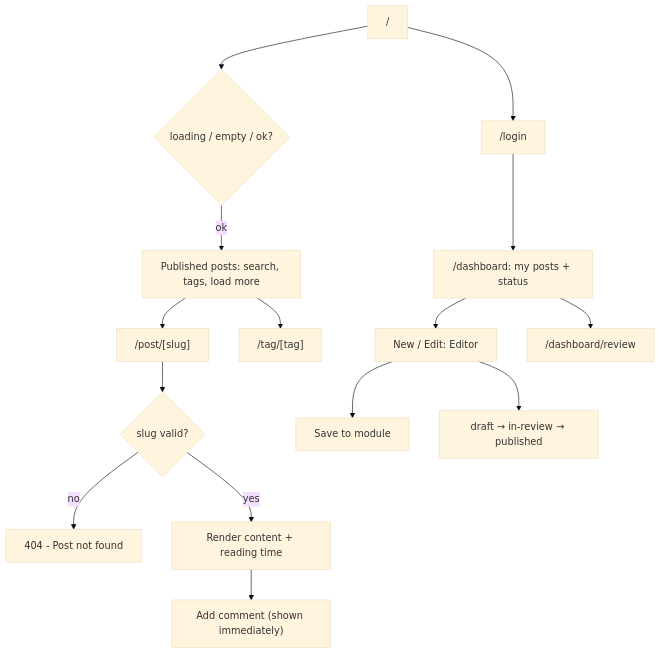
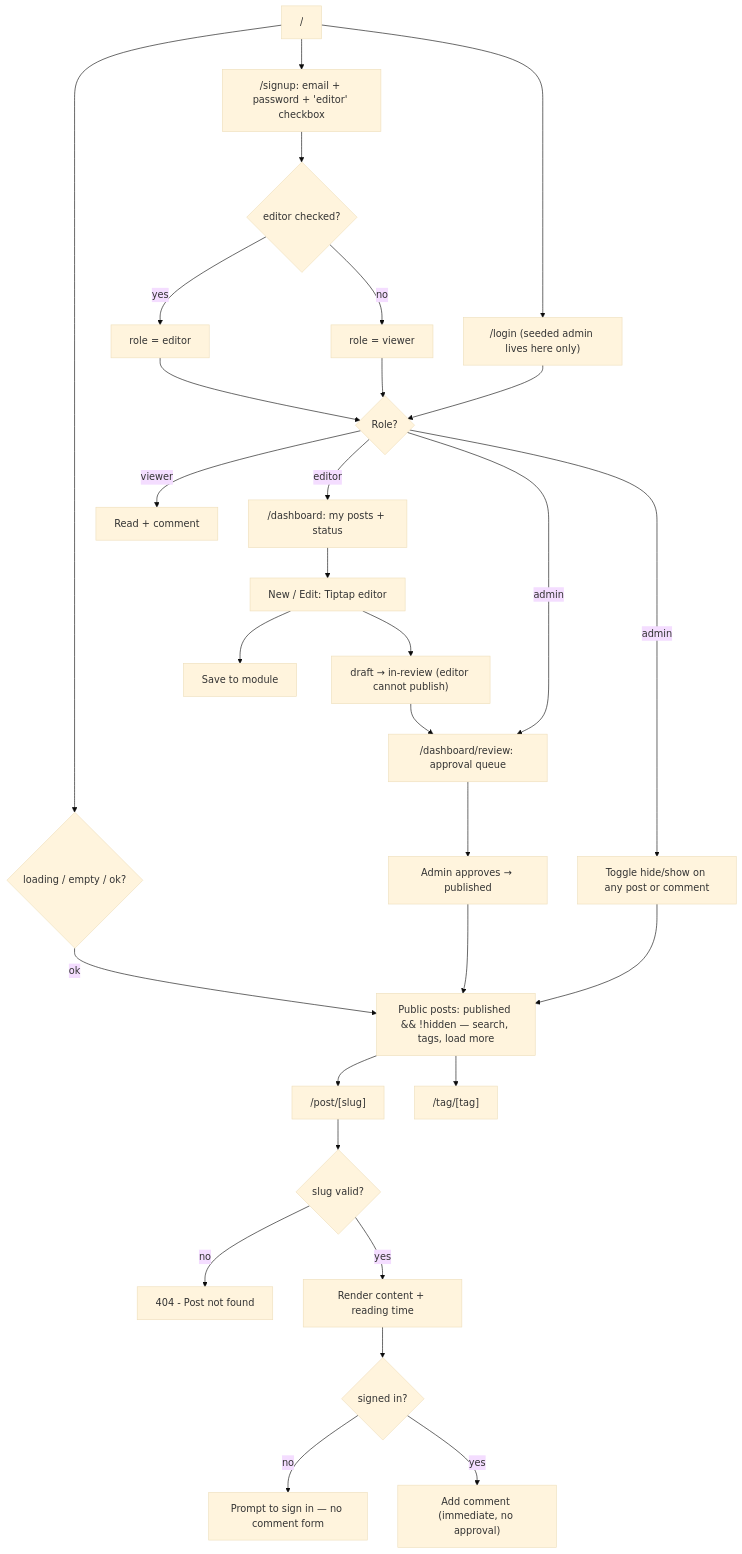
Before and after one commit to trungnd-voyager/training: the diagram in projects/blog/junior/flow.md, drawn with Mermaid (base theme). The commit also changed other lines of this file and 8 other files, not shown here.

````diff
--- a/projects/blog/junior/flow.md
+++ b/projects/blog/junior/flow.md
@@ -5,15 +5,31 @@
 ```mermaid
 flowchart TD
   Home["/"] --> S{"loading / empty / ok?"}
-  S -- ok --> List["Published posts: search, tags, load more"]
+  S -- ok --> List["Public posts: published && !hidden — search, tags, load more"]
   List --> Post["/post/[slug]"]
   Post --> V{"slug valid?"}
   V -- no --> NF["404 - Post not found"]
   V -- yes --> Render["Render content + reading time"]
-  Render --> Cm["Add comment (shown immediately)"]
+  Render --> CmGate{"signed in?"}
+  CmGate -- no --> Prompt["Prompt to sign in — no comment form"]
+  CmGate -- yes --> Cm["Add comment (immediate, no approval)"]
   List --> Tag["/tag/[tag]"]
-  Home --> Login["/login"] --> Dash["/dashboard: my posts + status"]
-  Dash --> Edit["New / Edit: Editor"] --> Save["Save to module"]
-  Edit --> St["draft → in-review → published"]
-  Dash --> Rev["/dashboard/review"]
+
+  Home --> Signup["/signup: email + password + 'editor' checkbox"]
+  Signup --> Chk{"editor checked?"}
+  Chk -- yes --> RE["role = editor"]
+  Chk -- no --> RV["role = viewer"]
+  Home --> Login["/login (seeded admin lives here only)"]
+  Login --> Role{"Role?"}
+  RE --> Role
+  RV --> Role
+
+  Role -- viewer --> Read["Read + comment"]
+  Role -- editor --> Dash["/dashboard: my posts + status"]
+  Role -- admin --> Rev["/dashboard/review: approval queue"]
+
+  Dash --> Edit["New / Edit: Tiptap editor"] --> Save["Save to module"]
+  Edit --> Sub["draft → in-review (editor cannot publish)"] --> Rev
+  Rev --> Ap["Admin approves → published"] --> List
+  Role -- admin --> Tog["Toggle hide/show on any post or comment"] --> List
 ```
````
